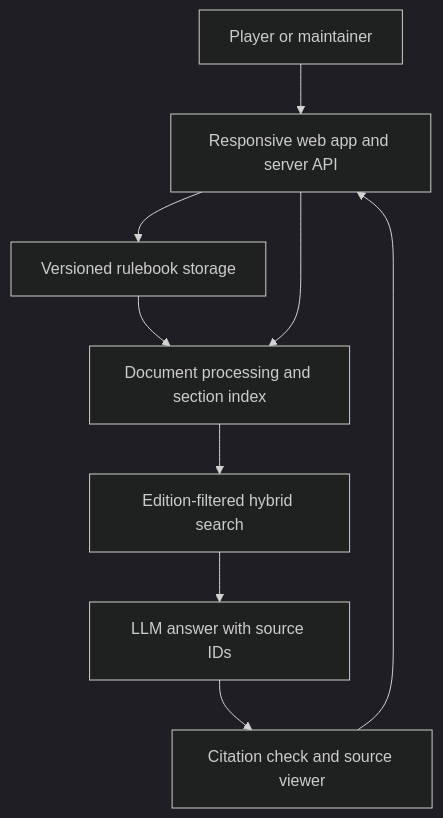
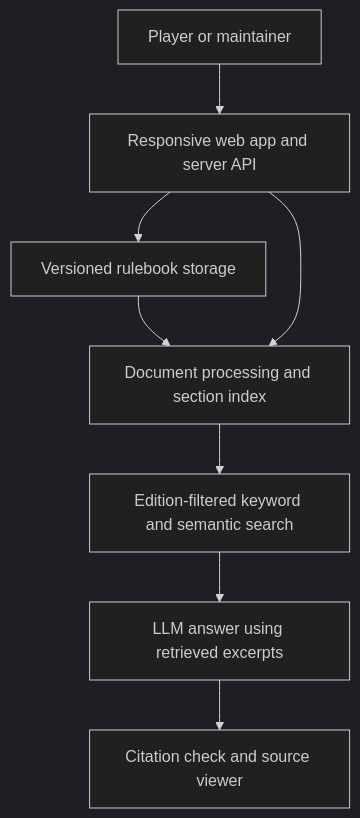
The diagram in 00-project/04-presentation-2.md (nevzatkay/project-work), drawn with Mermaid (dark theme) before and after one commit. The commit also changed other lines of this file, not shown here.

````diff
--- a/00-project/04-presentation-2.md
+++ b/00-project/04-presentation-2.md
@@ -52,11 +51,10 @@
 ```mermaid
 flowchart TB
     A["Player or maintainer"] --> B["Responsive web app and server API"]
     B --> C["Versioned rulebook storage"]
     C --> D["Document processing and section index"]
     B --> D
-    D --> E["Edition-filtered hybrid search"]
-    E --> F["LLM answer with source IDs"]
+    D --> E["Edition-filtered keyword and semantic search"]
+    E --> F["LLM answer using retrieved excerpts"]
     F --> G["Citation check and source viewer"]
-    G --> B
 ```
````
